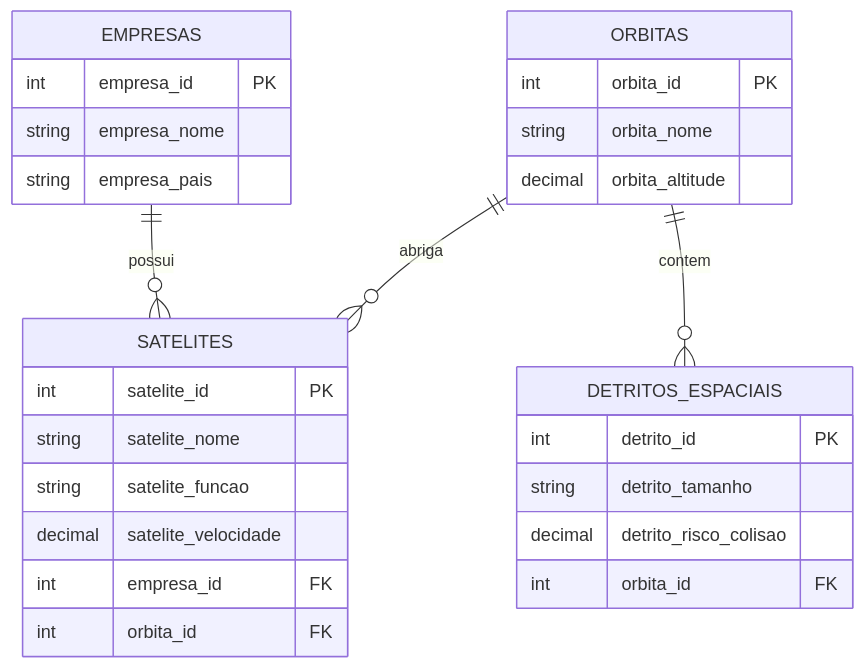
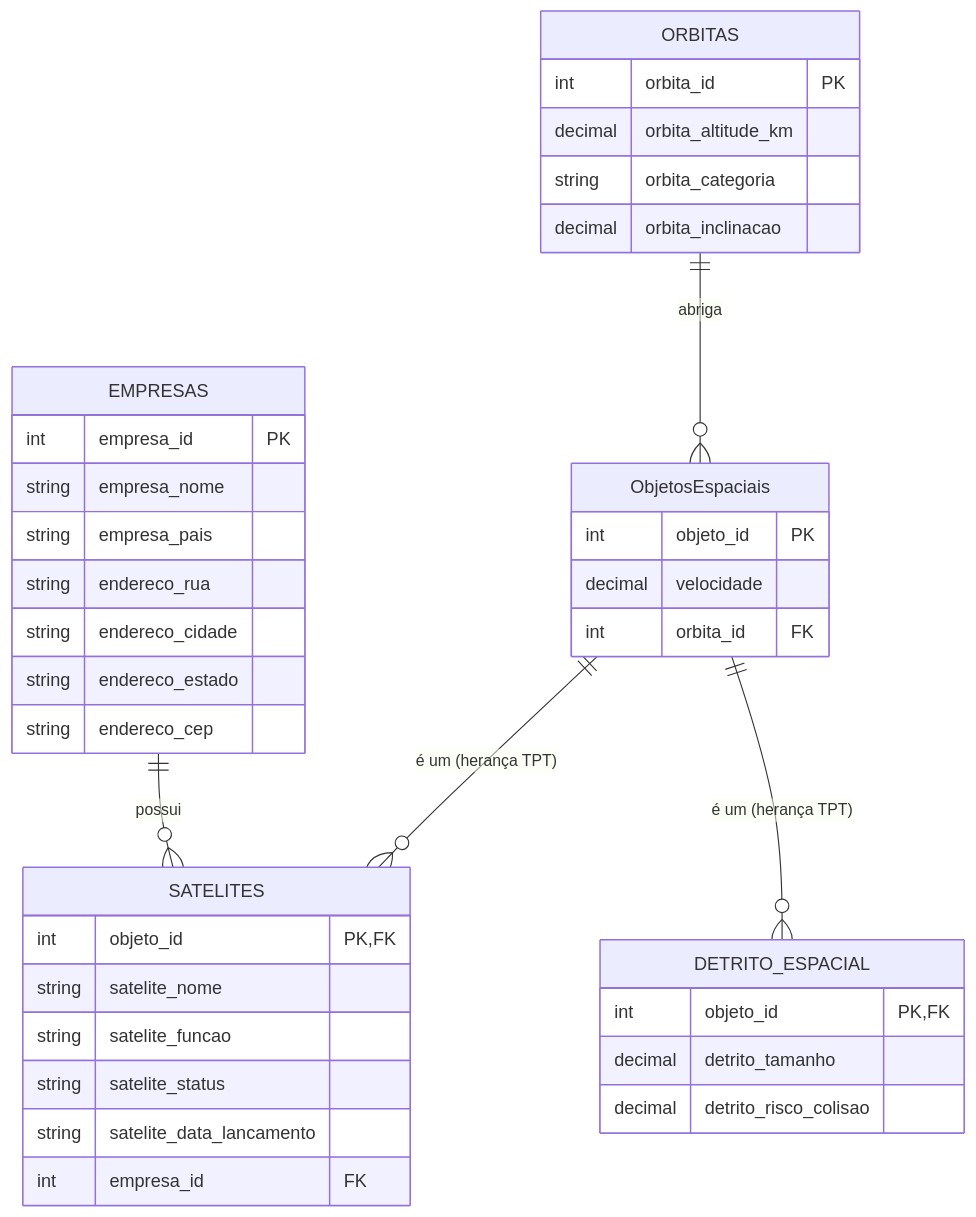
The diagram in README.md (C-A-V-Enterprise/space-sense.net), drawn with Mermaid before and after one commit. The commit also changed other lines of this file, not shown here.

Commit message:
docs: atualizando README com nomes do grupo, diagrama TPT e novos payloads

````diff
--- a/README.md
+++ b/README.md
@@ -29,31 +29,41 @@
 ```mermaid
 erDiagram
+    ObjetosEspaciais ||--o{ SATELITES : "é um (herança TPT)"
+    ObjetosEspaciais ||--o{ DETRITO_ESPACIAL : "é um (herança TPT)"
+    ORBITAS ||--o{ ObjetosEspaciais : "abriga"
     EMPRESAS ||--o{ SATELITES : "possui"
-    ORBITAS ||--o{ SATELITES : "abriga"
-    ORBITAS ||--o{ DETRITOS_ESPACIAIS : "contem"
 
     EMPRESAS {
         int empresa_id PK
         string empresa_nome
         string empresa_pais
+        string endereco_rua
+        string endereco_cidade
+        string endereco_estado
+        string endereco_cep
+    }
+    ObjetosEspaciais {
+        int objeto_id PK
+        decimal velocidade
+        int orbita_id FK
     }
     SATELITES {
-        int satelite_id PK
+        int objeto_id PK, FK
         string satelite_nome
         string satelite_funcao
-        decimal satelite_velocidade
+        string satelite_status
+        string satelite_data_lancamento
         int empresa_id FK
-        int orbita_id FK
     }
     ORBITAS {
         int orbita_id PK
-        string orbita_nome
-        decimal orbita_altitude
+        decimal orbita_altitude_km
+        string orbita_categoria
+        decimal orbita_inclinacao
     }
-    DETRITOS_ESPACIAIS {
-        int detrito_id PK
-        string detrito_tamanho
+    DETRITO_ESPACIAL {
+        int objeto_id PK, FK
+        decimal detrito_tamanho
         decimal detrito_risco_colisao
-        int orbita_id FK
     }
 ```
````
